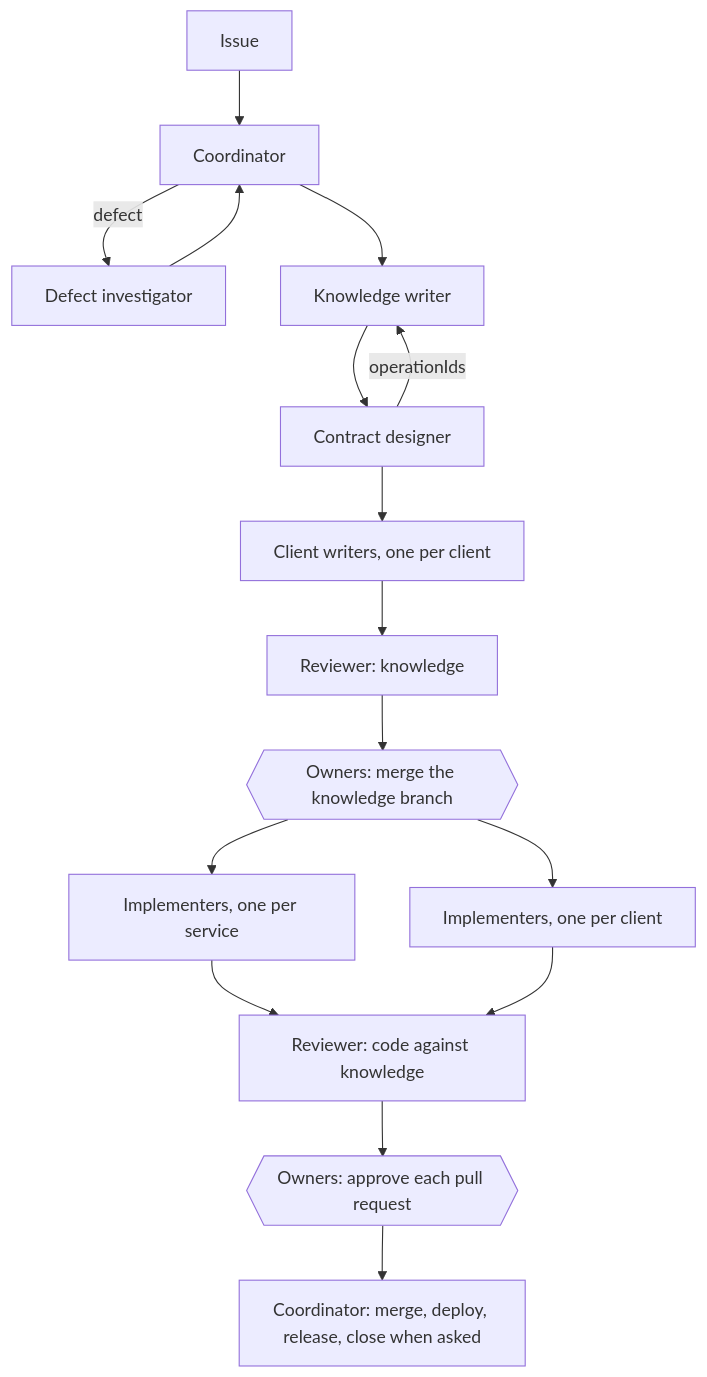
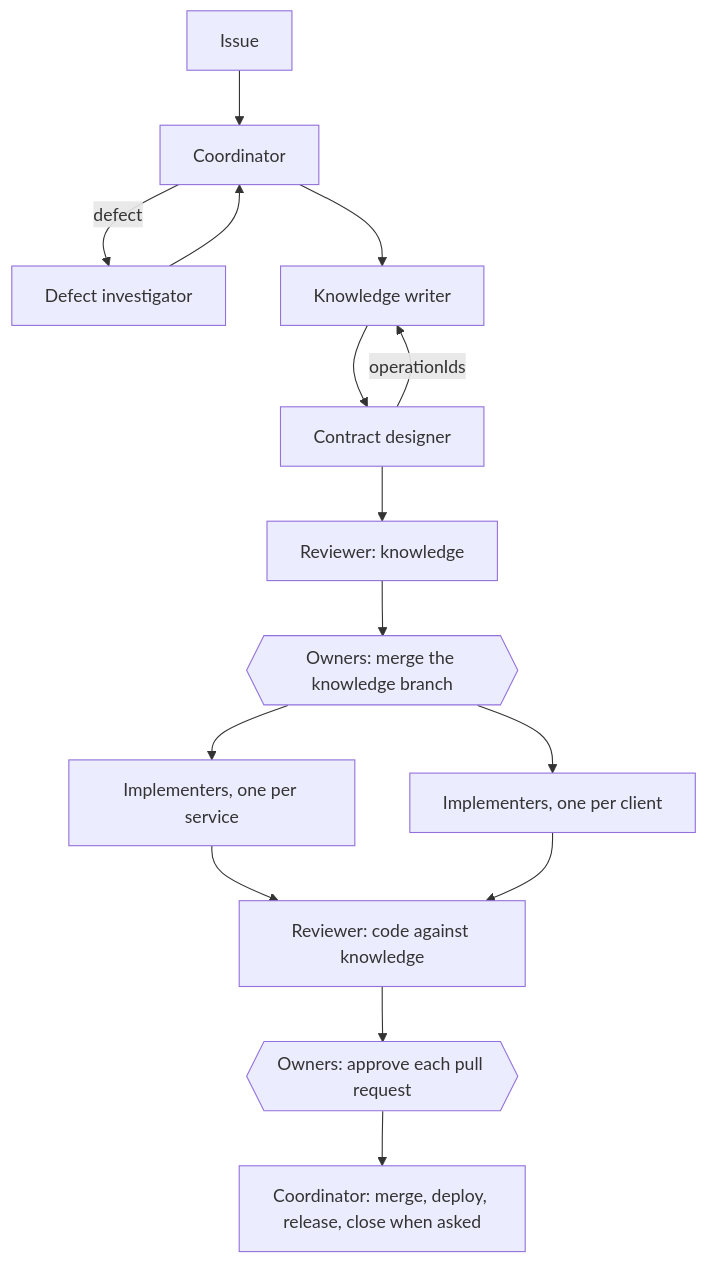
One commit to hieutran21198/Artifact-Driven-Framework changed the diagram in docs/governances/artifact-driven/team.md. Above: the diagram before and after it, drawn with Mermaid. The commit also changed other lines of this file and 66 other files, not shown here.

````diff
--- a/docs/governances/artifact-driven/team.md
+++ b/docs/governances/artifact-driven/team.md
@@ -50,18 +48,17 @@
 ```mermaid
 flowchart TB
     issue[Issue] --> coordinator[Coordinator]
     coordinator -- defect --> investigator[Defect investigator]
     investigator --> coordinator
     coordinator --> writer[Knowledge writer]
     writer --> designer[Contract designer]
     designer -- operationIds --> writer
-    designer --> clients[Client writers, one per client]
-    clients --> review_k[Reviewer: knowledge]
+    designer --> review_k[Reviewer: knowledge]
     review_k --> approve_k{{Owners: merge the knowledge branch}}
     approve_k --> services[Implementers, one per service]
     approve_k --> apps[Implementers, one per client]
     services --> review_c[Reviewer: code against knowledge]
     apps --> review_c
     review_c --> approve_c{{Owners: approve each pull request}}
     approve_c --> coordinator_done[Coordinator: merge, deploy, release, close when asked]
 ```
````
